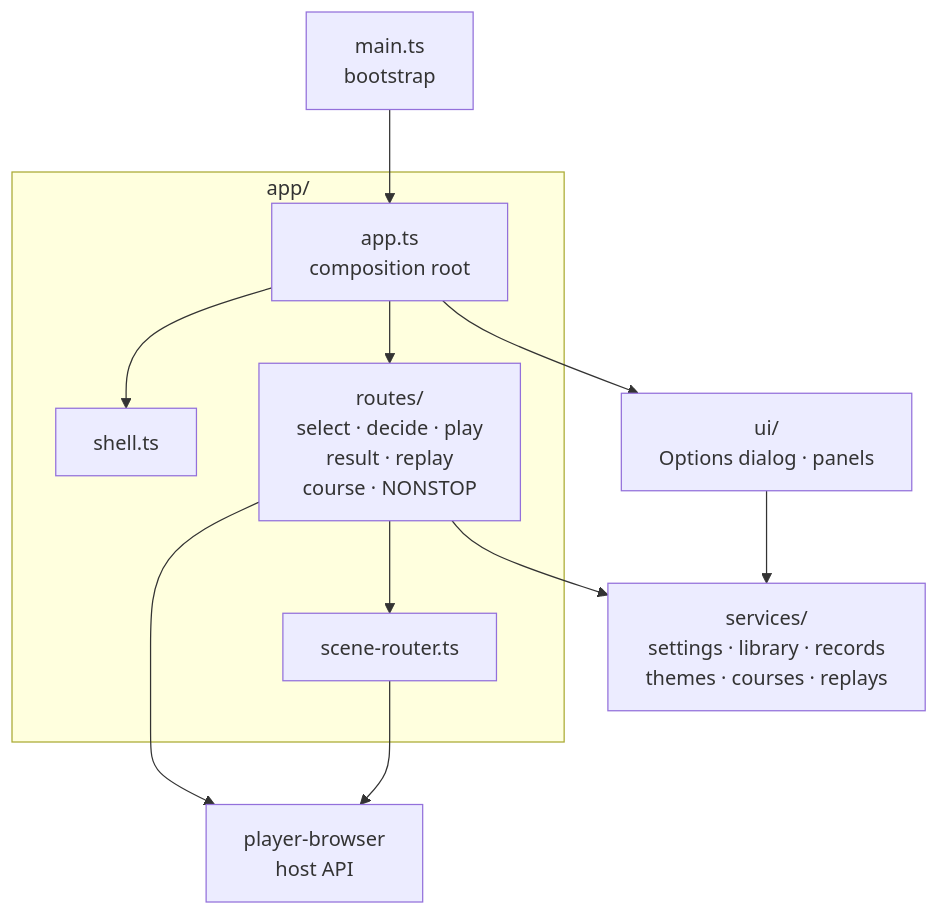
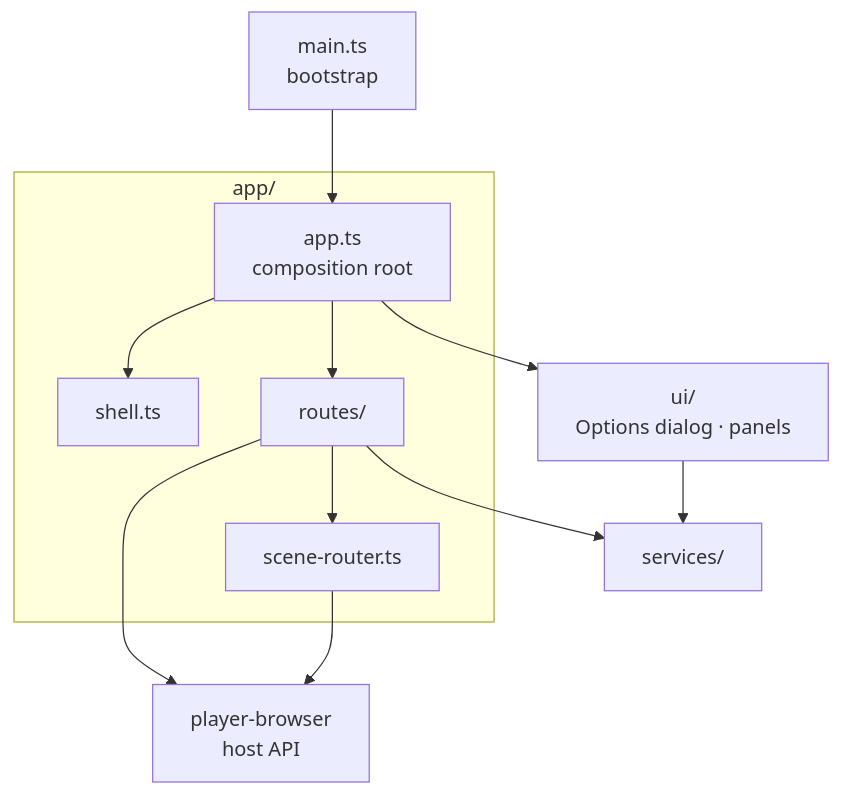
One commit to nulltask/be-music changed the first of 14 diagrams in docs/player-web-scenes.md. Above: the diagram before and after it, drawn with Mermaid. The commit also changed 33 other files, not shown here.

````diff
--- a/docs/player-web-scenes.md
+++ b/docs/player-web-scenes.md
@@ -27,18 +27,18 @@
 ```mermaid
 flowchart TD
   main["main.ts<br/>bootstrap"] --> app
   subgraph appDir["app/"]
     app["app.ts<br/>composition root"]
     shell["shell.ts"]
-    routes["routes/<br/>select · decide · play<br/>result · replay<br/>course · NONSTOP"]
+    routes["routes/"]
     router["scene-router.ts"]
   end
   app --> shell
   app --> routes
   app --> ui["ui/<br/>Options dialog · panels"]
   routes --> router
-  routes --> services["services/<br/>settings · library · records<br/>themes · courses · replays"]
+  routes --> services["services/"]
   ui --> services
   routes --> host["player-browser<br/>host API"]
   router --> host
 ```
````
